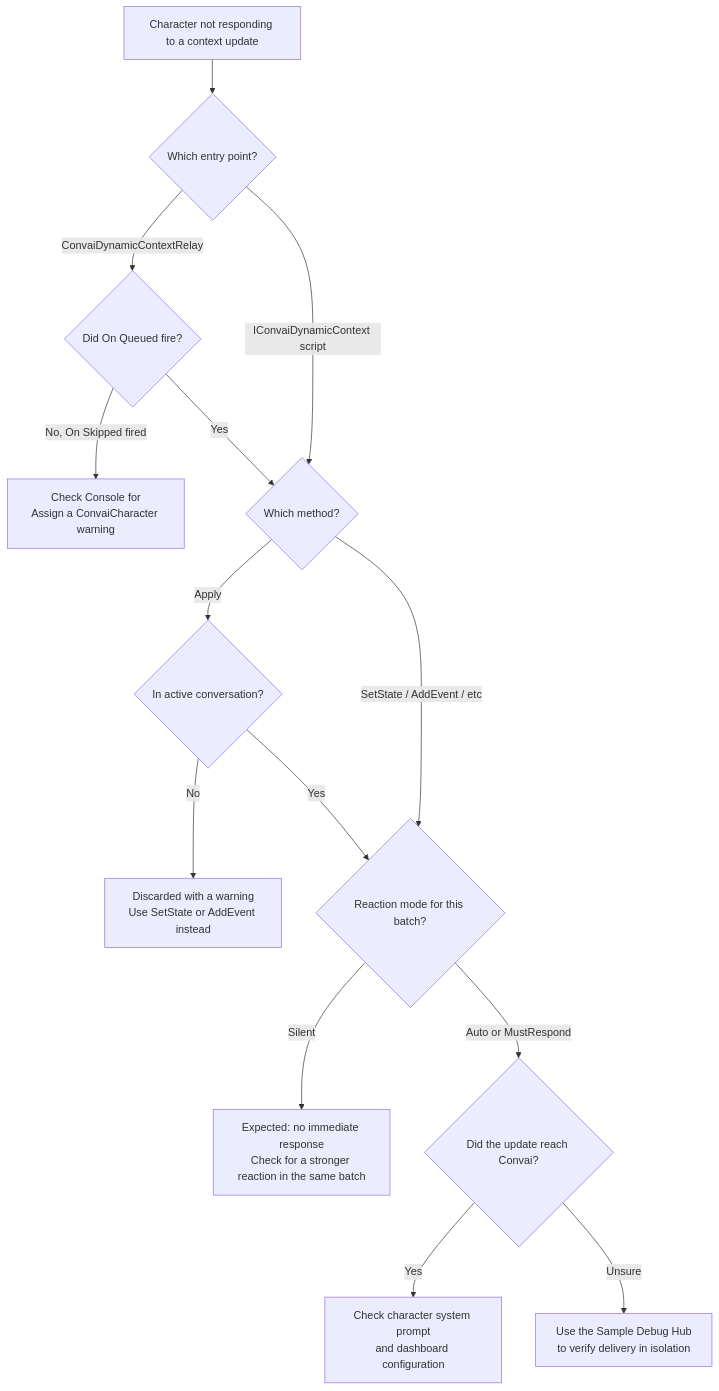
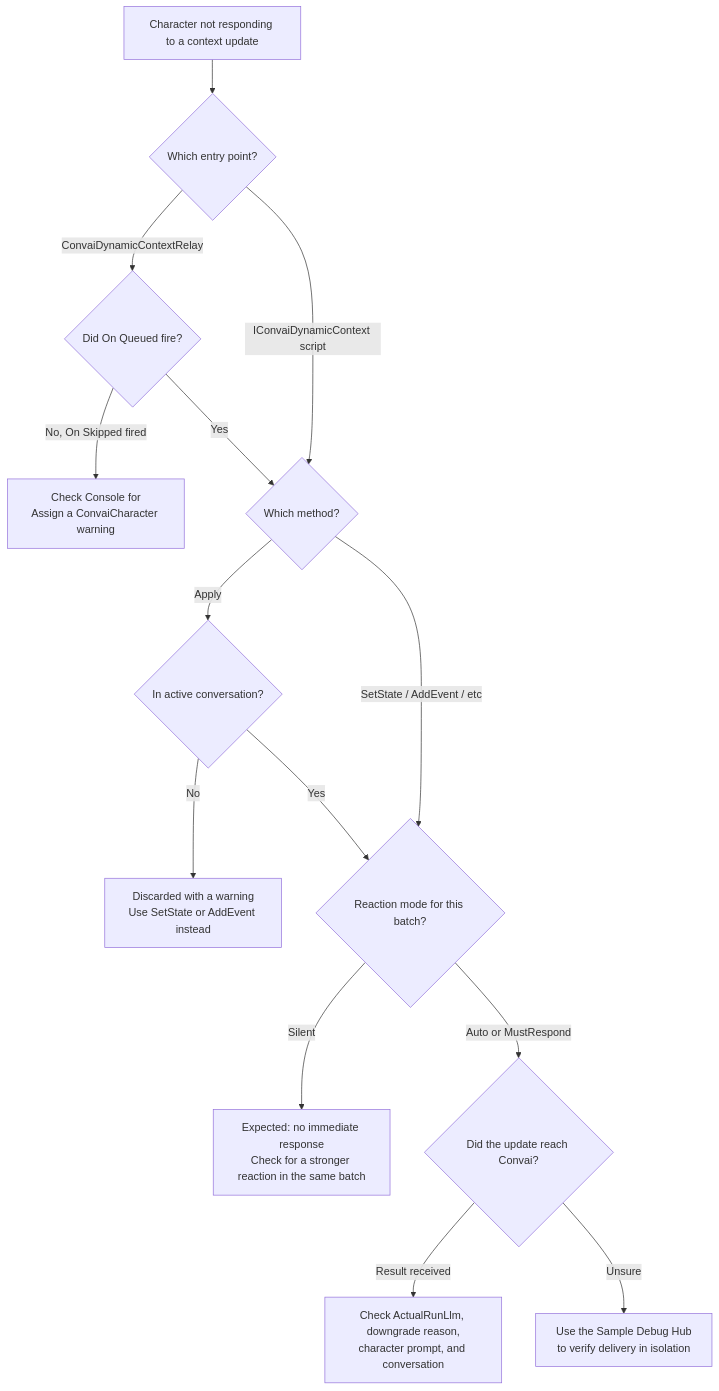
One commit to Conv-AI/Convai-Documentation changed the diagram in plugins-and-integrations/convai-unity-sdk/features/dynamic-context/troubleshoot-dynamic-context.md. Above: the diagram before and after it, drawn with Mermaid. The commit also changed other lines of this file and 118 other files, not shown here.

````diff
--- a/plugins-and-integrations/convai-unity-sdk/features/dynamic-context/troubleshoot-dynamic-context.md
+++ b/plugins-and-integrations/convai-unity-sdk/features/dynamic-context/troubleshoot-dynamic-context.md
@@ -99,16 +100,16 @@
 ```mermaid
 flowchart TD
     A[Character not responding to a context update] --> B{Which entry point?}
     B -- ConvaiDynamicContextRelay --> C{Did On Queued fire?}
     C -- No, On Skipped fired --> D[Check Console for\nAssign a ConvaiCharacter warning]
     C -- Yes --> E{Which method?}
     B -- IConvaiDynamicContext script --> E
     E -- Apply --> F{In active conversation?}
     F -- No --> G[Discarded with a warning\nUse SetState or AddEvent instead]
     F -- Yes --> H{Reaction mode for this batch?}
     E -- SetState / AddEvent / etc --> H
     H -- Silent --> I[Expected: no immediate response\nCheck for a stronger reaction in the same batch]
     H -- Auto or MustRespond --> J{Did the update reach Convai?}
-    J -- Yes --> K[Check character system prompt\nand dashboard configuration]
+    J -- Result received --> K[Check ActualRunLlm, downgrade reason,\ncharacter prompt, and conversation]
     J -- Unsure --> L[Use the Sample Debug Hub\nto verify delivery in isolation]
 ```
````
